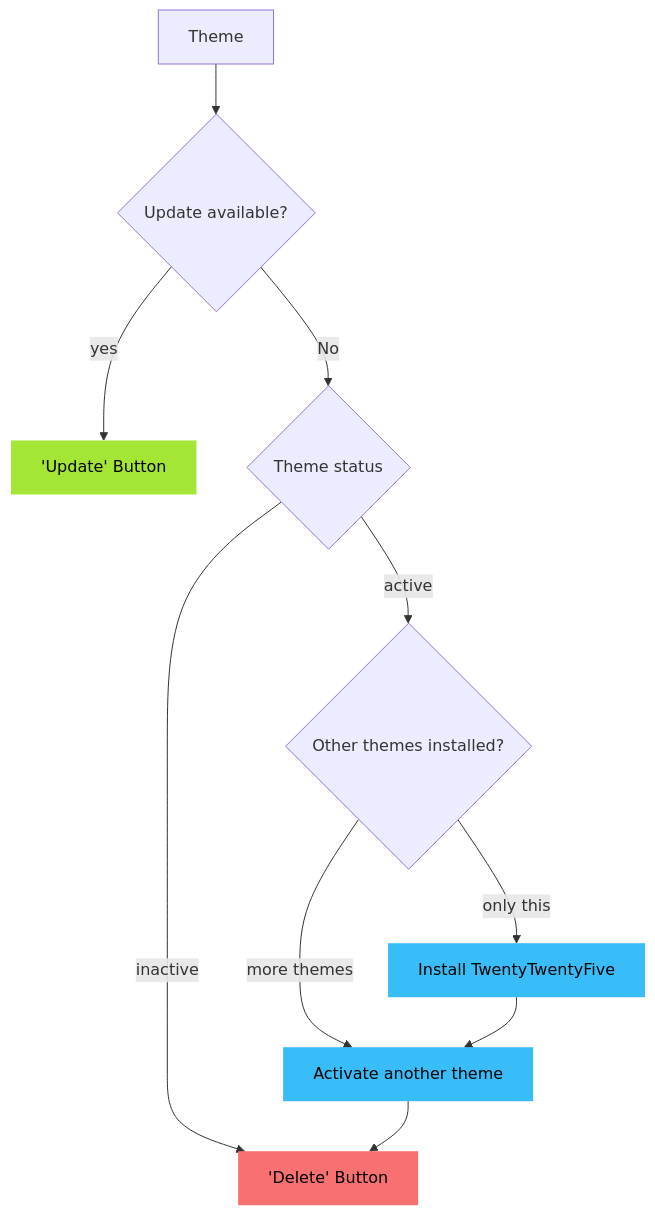
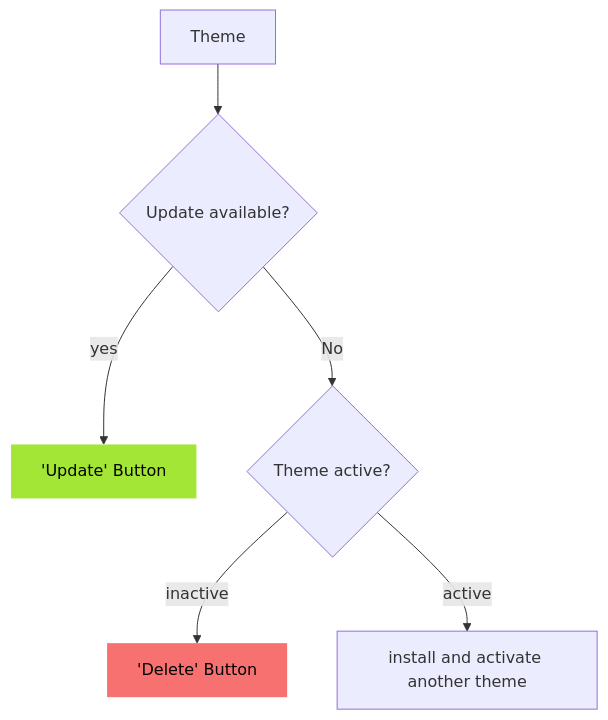
The fourth of 4 diagrams in packages/wp-plugin/ionos-essentials/inc/wpscan/README.md (IONOS-WordPress/ionos-wordpress), drawn with Mermaid before and after one commit. The commit also changed other lines of this file, not shown here.

````diff
--- a/packages/wp-plugin/ionos-essentials/inc/wpscan/README.md
+++ b/packages/wp-plugin/ionos-essentials/inc/wpscan/README.md
@@ -61,23 +63,20 @@
 ```mermaid
 flowchart TD
   A[Theme] --> B{Update available?}
   B -- yes --> F['Update' Button]
 
-  B -- No --> D{Theme status}
+  B -- No --> D{Theme active?}
   D -- inactive --> X['Delete' Button]
-  D -- active -->E{Other themes installed?}
-  E -- only this --> H[Install TwentyTwentyFive]
-  E -- more themes --> G[Activate another theme]
-  H --> G
-  G --> X
+  D -- active -->E[install and activate another theme ]
+
 
   classDef greenNode fill:#a3e635,stroke-width:0px,color:#000;
   class F greenNode;
 
   classDef blueNode fill:#38bdf8,stroke-width:0px,color:#000;
   class G blueNode;
   class H blueNode
 
   classDef redNode fill:#f87171,stroke-width:0px,color:#000;
   class X redNode;
 ```
````
